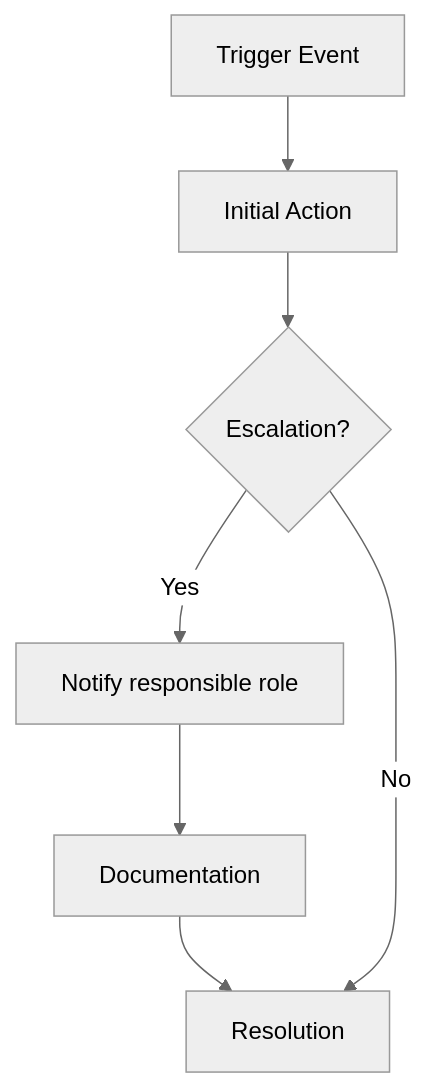
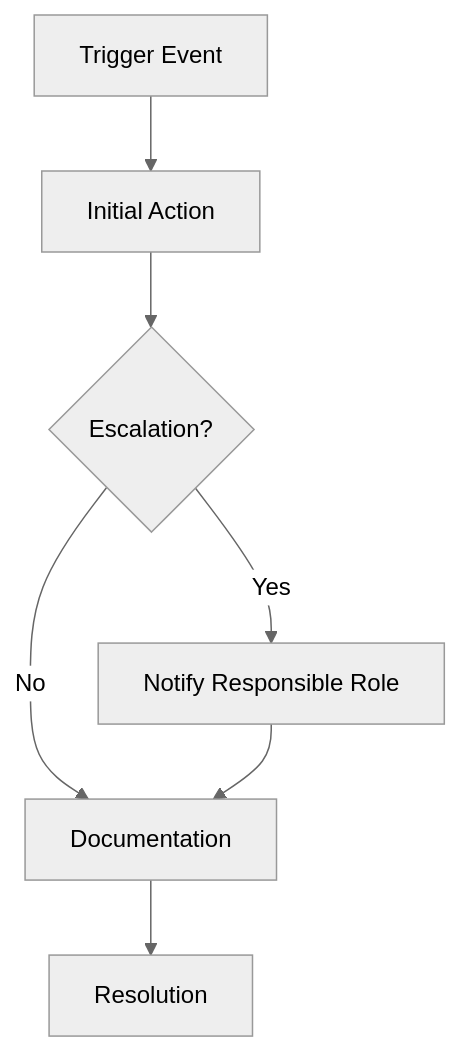
The diagram in operations/standard-operating-procedures/sop-template.md (litalien101/public-library), drawn with Mermaid (neutral theme) before and after one commit. The commit also changed other lines of this file, not shown here.

````diff
--- a/operations/standard-operating-procedures/sop-template.md
+++ b/operations/standard-operating-procedures/sop-template.md
@@ -39,9 +60,9 @@
 ```mermaid
 flowchart TD
     A[Trigger Event] --> B[Initial Action]
     B --> C{Escalation?}
-    C -- Yes --> D[Notify responsible role]
-    D --> E[Documentation]
+    C -->|Yes| D[Notify Responsible Role]
+    C -->|No| E[Documentation]
+    D --> E
     E --> F[Resolution]
-    C -- No --> F
 ```
````
